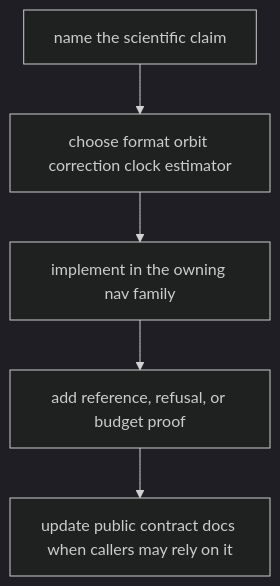
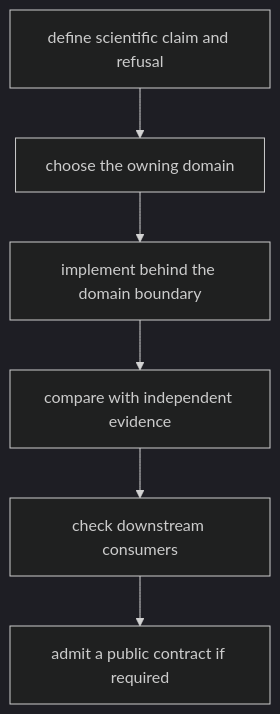
The diagram in docs/04-bijux-gnss-nav/operations/navigation-extension-guide.md (bijux/bijux-telecom), drawn with Mermaid (dark theme) before and after one commit. The commit also changed other lines of this file and 1 other file, not shown here.

Commit message:
docs(nav): define scientific extension contracts

````diff
--- a/docs/04-bijux-gnss-nav/operations/navigation-extension-guide.md
+++ b/docs/04-bijux-gnss-nav/operations/navigation-extension-guide.md
@@ -19,10 +33,11 @@
 ```mermaid
 flowchart TD
-    claim["name the scientific claim"]
-    owner["choose format orbit correction clock estimator"]
-    implementation["implement in the owning nav family"]
-    proof["add reference, refusal, or budget proof"]
-    contract["update public contract docs when callers may rely on it"]
+    claim["define scientific claim and refusal"]
+    owner["choose the owning domain"]
+    implementation["implement behind the domain boundary"]
+    evidence["compare with independent evidence"]
+    integration["check downstream consumers"]
+    contract["admit a public contract if required"]
 
-    claim --> owner --> implementation --> proof --> contract
+    claim --> owner --> implementation --> evidence --> integration --> contract
 ```
````
